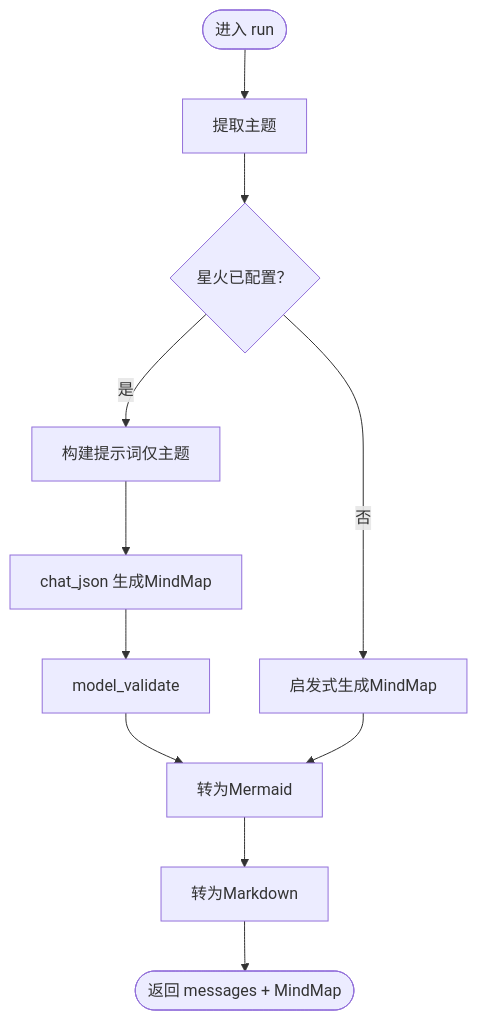
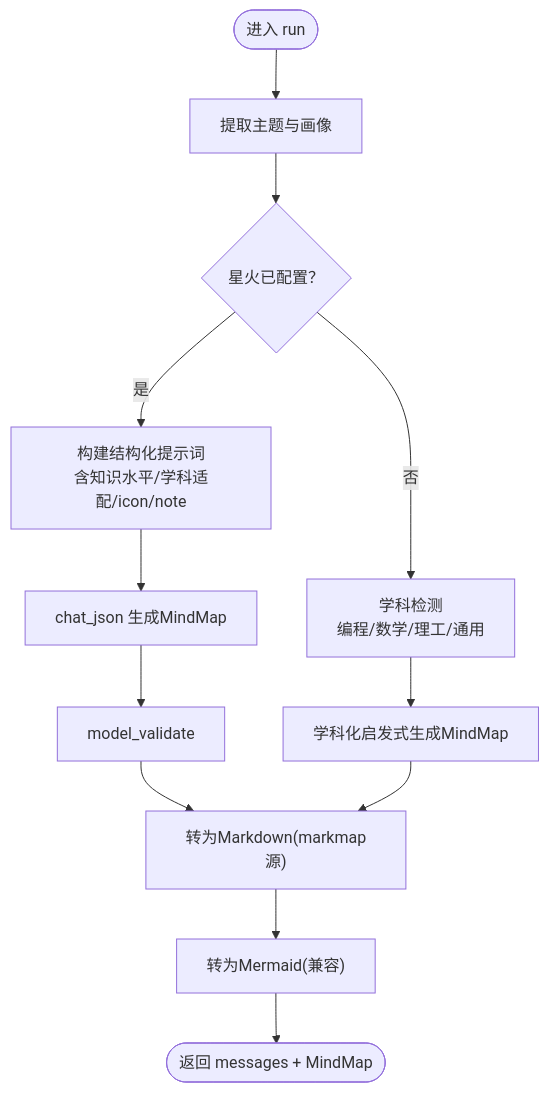
The seventh of 9 diagrams in .qoder/repowiki/zh/content/多智能体系统/资源生成智能体/资源生成智能体.md (GZXchina/EduAgent), drawn with Mermaid before and after one commit. The commit also changed other lines of this file and 53 other files, not shown here.

Commit message:
feat: 思维导图改用 Markmap 交互式渲染 + 多项功能增强

````diff
--- a/.qoder/repowiki/zh/content/多智能体系统/资源生成智能体/资源生成智能体.md
+++ b/.qoder/repowiki/zh/content/多智能体系统/资源生成智能体/资源生成智能体.md
@@ -298,13 +309,14 @@
 ```mermaid
 flowchart TD
-Start(["进入 run"]) --> Extract["提取主题"]
+Start(["进入 run"]) --> Extract["提取主题与画像"]
 Extract --> CheckSpark{"星火已配置？"}
-CheckSpark --> |是| BuildPrompt["构建提示词仅主题"]
+CheckSpark --> |是| BuildPrompt["构建结构化提示词<br/>含知识水平/学科适配/icon/note"]
 BuildPrompt --> CallSpark["chat_json 生成MindMap"]
 CallSpark --> Validate["model_validate"]
-CheckSpark --> |否| Heuristic["启发式生成MindMap"]
-Validate --> ToMermaid["转为Mermaid"]
-Heuristic --> ToMermaid
-ToMermaid --> ToMD["转为Markdown"]
-ToMD --> End(["返回 messages + MindMap"])
+CheckSpark --> |否| DetectDiscipline["学科检测<br/>编程/数学/理工/通用"]
+DetectDiscipline --> Heuristic["学科化启发式生成MindMap"]
+Validate --> ToMD["转为Markdown(markmap源)"]
+Heuristic --> ToMD
+ToMD --> ToMermaid["转为Mermaid(兼容)"]
+ToMermaid --> End(["返回 messages + MindMap"])
 ```
````
